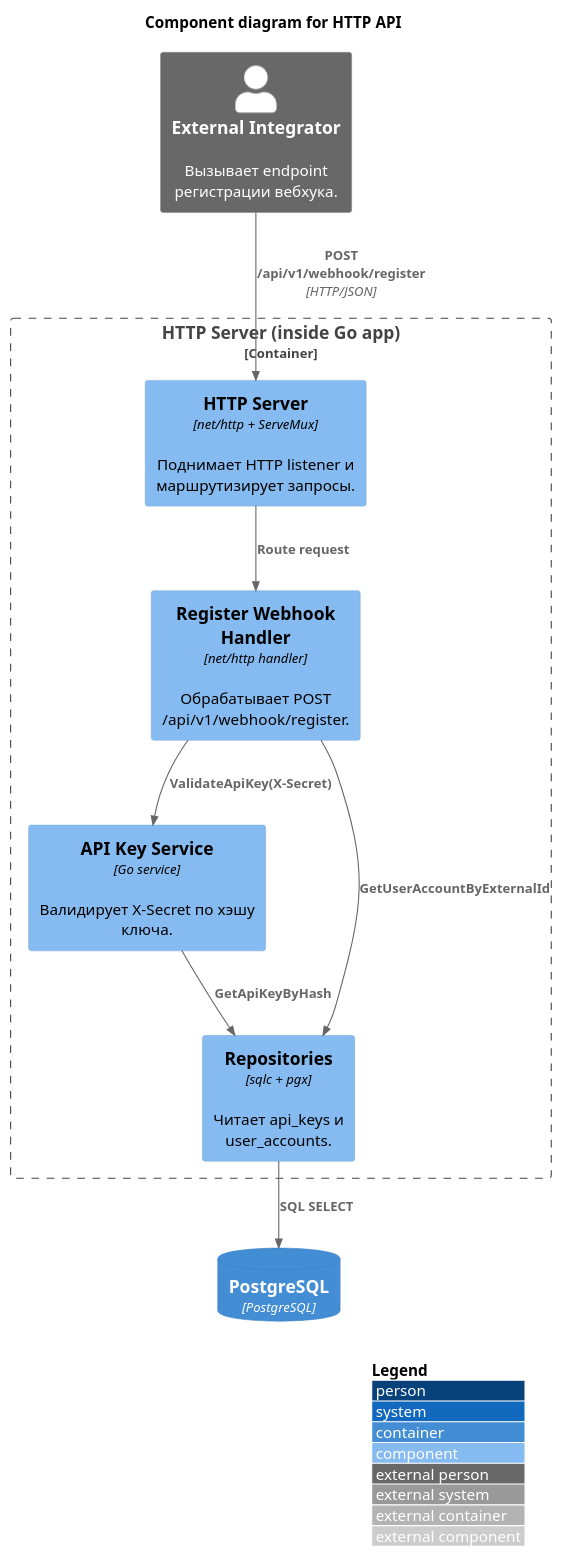
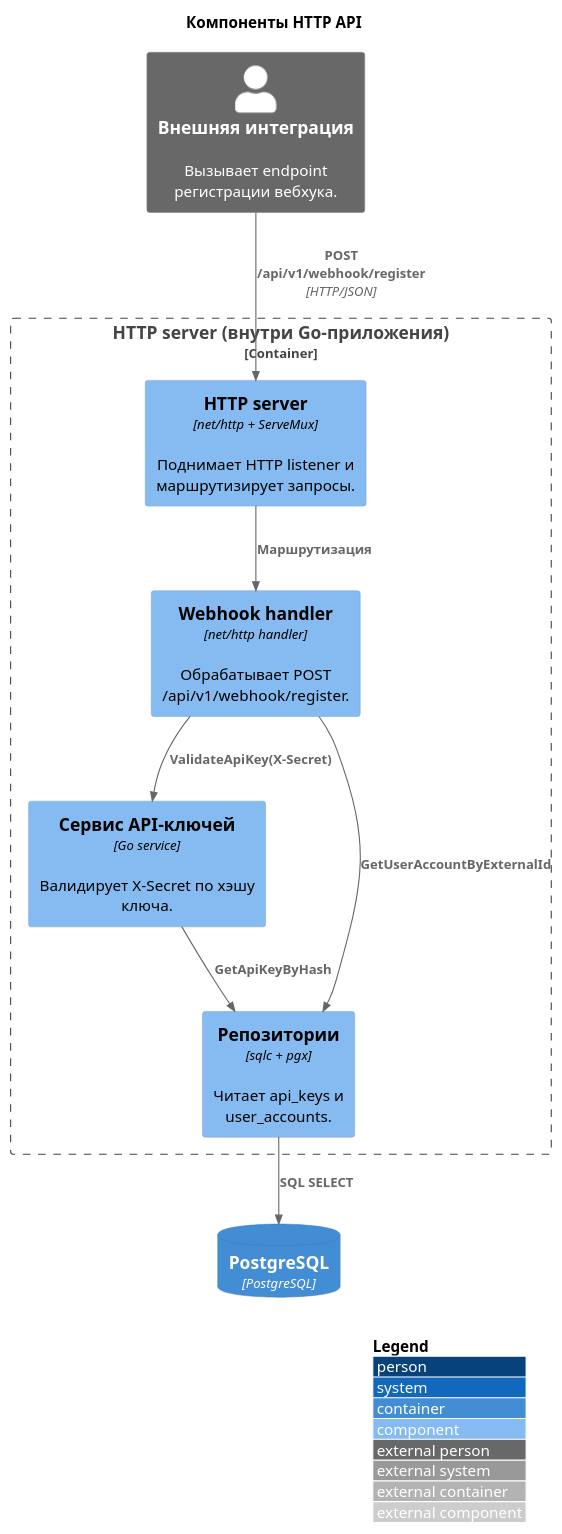
Before and after one commit to vgy789/NoemX21-bot: the diagram in docs/c4/c4_component_api.puml, drawn with PlantUML. The commit also changed 21 other files, not shown here.

Commit message:
feat(docs): добавлены README.md, файлы документации, генерация изображений с4 диаграмм

```diff
--- a/docs/c4/c4_component_api.puml
+++ b/docs/c4/c4_component_api.puml
@@ -1,25 +1,25 @@
 @startuml
 !include https://raw.githubusercontent.com/plantuml-stdlib/C4-PlantUML/master/C4_Component.puml
 
 LAYOUT_WITH_LEGEND()
 
-title Component diagram for HTTP API
+title Компоненты HTTP API
 
-Person_Ext(integrator, "External Integrator", "Вызывает endpoint регистрации вебхука.")
+Person_Ext(integrator, "Внешняя интеграция", "Вызывает endpoint регистрации вебхука.")
 ContainerDb(db, "PostgreSQL", "PostgreSQL")
 
-Container_Boundary(api_runtime, "HTTP Server (inside Go app)") {
-    Component(server, "HTTP Server", "net/http + ServeMux", "Поднимает HTTP listener и маршрутизирует запросы.")
-    Component(handler, "Register Webhook Handler", "net/http handler", "Обрабатывает POST /api/v1/webhook/register.")
-    Component(api_keys, "API Key Service", "Go service", "Валидирует X-Secret по хэшу ключа.")
-    Component(repo, "Repositories", "sqlc + pgx", "Читает api_keys и user_accounts.")
+Container_Boundary(api_runtime, "HTTP server (внутри Go-приложения)") {
+    Component(server, "HTTP server", "net/http + ServeMux", "Поднимает HTTP listener и маршрутизирует запросы.")
+    Component(handler, "Webhook handler", "net/http handler", "Обрабатывает POST /api/v1/webhook/register.")
+    Component(api_keys, "Сервис API-ключей", "Go service", "Валидирует X-Secret по хэшу ключа.")
+    Component(repo, "Репозитории", "sqlc + pgx", "Читает api_keys и user_accounts.")
 }
 
 Rel(integrator, server, "POST /api/v1/webhook/register", "HTTP/JSON")
-Rel(server, handler, "Route request")
+Rel(server, handler, "Маршрутизация")
 Rel(handler, api_keys, "ValidateApiKey(X-Secret)")
 Rel(handler, repo, "GetUserAccountByExternalId")
 Rel(api_keys, repo, "GetApiKeyByHash")
 Rel(repo, db, "SQL SELECT")
 
 @enduml
```
